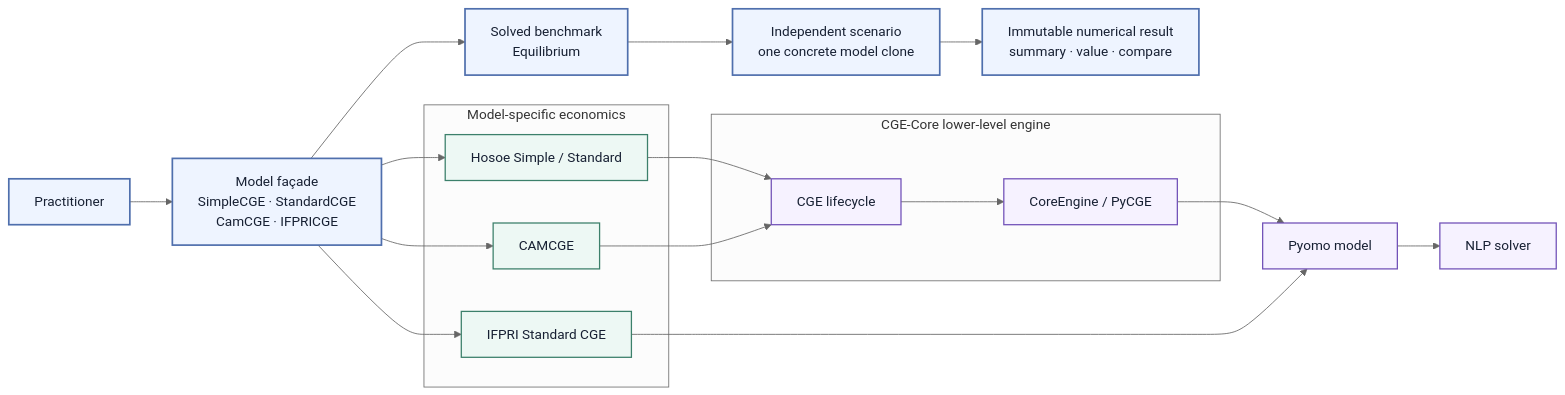
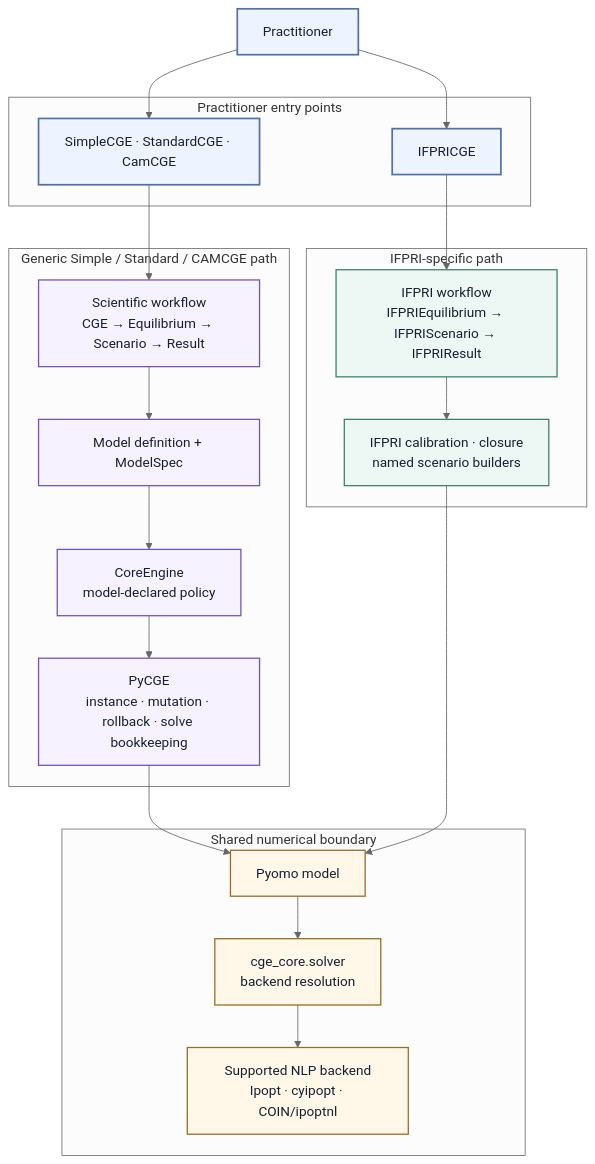
The diagram in docs/diagrams/cge-core-v080-public.mmd (miraflor/CGE-core), drawn with Mermaid (neutral theme) before and after one commit. The commit also changed 8 other files, not shown here.

First line of the commit message:
Refresh v0.8.0 architecture documentation

```diff
--- a/docs/diagrams/cge-core-v080-public.mmd
+++ b/docs/diagrams/cge-core-v080-public.mmd
@@ -1,42 +1,50 @@
-flowchart LR
+flowchart TB
     U["Practitioner"]
-    F["Model façade<br/>SimpleCGE · StandardCGE<br/>CamCGE · IFPRICGE"]
-    B["Solved benchmark<br/>Equilibrium"]
-    S["Independent scenario<br/>one concrete model clone"]
-    R["Immutable numerical result<br/>summary · value · compare"]
 
-    subgraph ECON["Model-specific economics"]
-      H["Hosoe Simple / Standard"]
-      C["CAMCGE"]
-      I["IFPRI Standard CGE"]
+    subgraph PUBLIC["Practitioner entry points"]
+      G["SimpleCGE · StandardCGE · CamCGE"]
+      I["IFPRICGE"]
     end
 
-    subgraph CORE["CGE-Core lower-level engine"]
-      A["CGE lifecycle"]
-      E["CoreEngine / PyCGE"]
+    subgraph GENERIC["Generic Simple / Standard / CAMCGE path"]
+      GW["Scientific workflow<br/>CGE → Equilibrium → Scenario → Result"]
+      MD["Model definition + ModelSpec"]
+      CE["CoreEngine<br/>model-declared policy"]
+      PY["PyCGE<br/>instance · mutation · rollback · solve bookkeeping"]
     end
 
-    P["Pyomo model"]
-    N["NLP solver"]
+    subgraph IFPRI["IFPRI-specific path"]
+      IW["IFPRI workflow<br/>IFPRIEquilibrium → IFPRIScenario → IFPRIResult"]
+      IM["IFPRI calibration · closure<br/>named scenario builders"]
+    end
 
-    U --> F
-    F --> B
-    B --> S
-    S --> R
+    subgraph NUM["Shared numerical boundary"]
+      P["Pyomo model"]
+      SR["cge_core.solver<br/>backend resolution"]
+      N["Supported NLP backend<br/>Ipopt · cyipopt · COIN/ipoptnl"]
+    end
 
-    F --> H
-    F --> C
-    F --> I
-    H --> A
-    C --> A
-    A --> E
-    I --> P
-    E --> P
-    P --> N
+    U --> G
+    U --> I
+
+    G --> GW
+    GW --> MD
+    MD --> CE
+    CE --> PY
+    PY --> P
+
+    I --> IW
+    IW --> IM
+    IM --> P
+
+    P --> SR
+    SR --> N
 
     classDef public fill:#eef4ff,stroke:#4f6fad,stroke-width:2px,color:#172033;
-    classDef econ fill:#edf8f4,stroke:#3c806b,stroke-width:1.5px,color:#172033;
-    classDef internal fill:#f6f2ff,stroke:#7252b8,stroke-width:1.5px,color:#172033;
-    class U,F,B,S,R public;
-    class H,C,I econ;
-    class A,E,P,N internal;
+    classDef generic fill:#f6f2ff,stroke:#7252b8,stroke-width:1.5px,color:#172033;
+    classDef ifpri fill:#edf8f4,stroke:#3c806b,stroke-width:1.5px,color:#172033;
+    classDef numerical fill:#fff7e8,stroke:#9a6b22,stroke-width:1.5px,color:#172033;
+    class U,G,I public;
+    class GW,MD,CE,PY generic;
+    class IW,IM ifpri;
+    class P,SR,N numerical;
```
